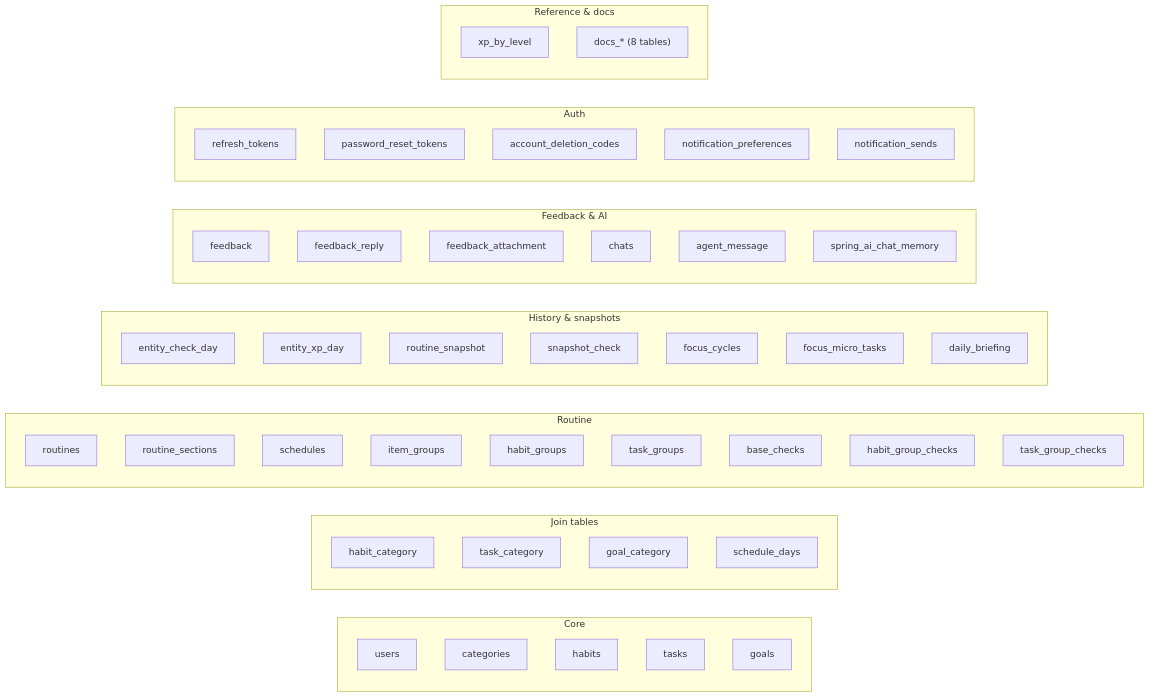
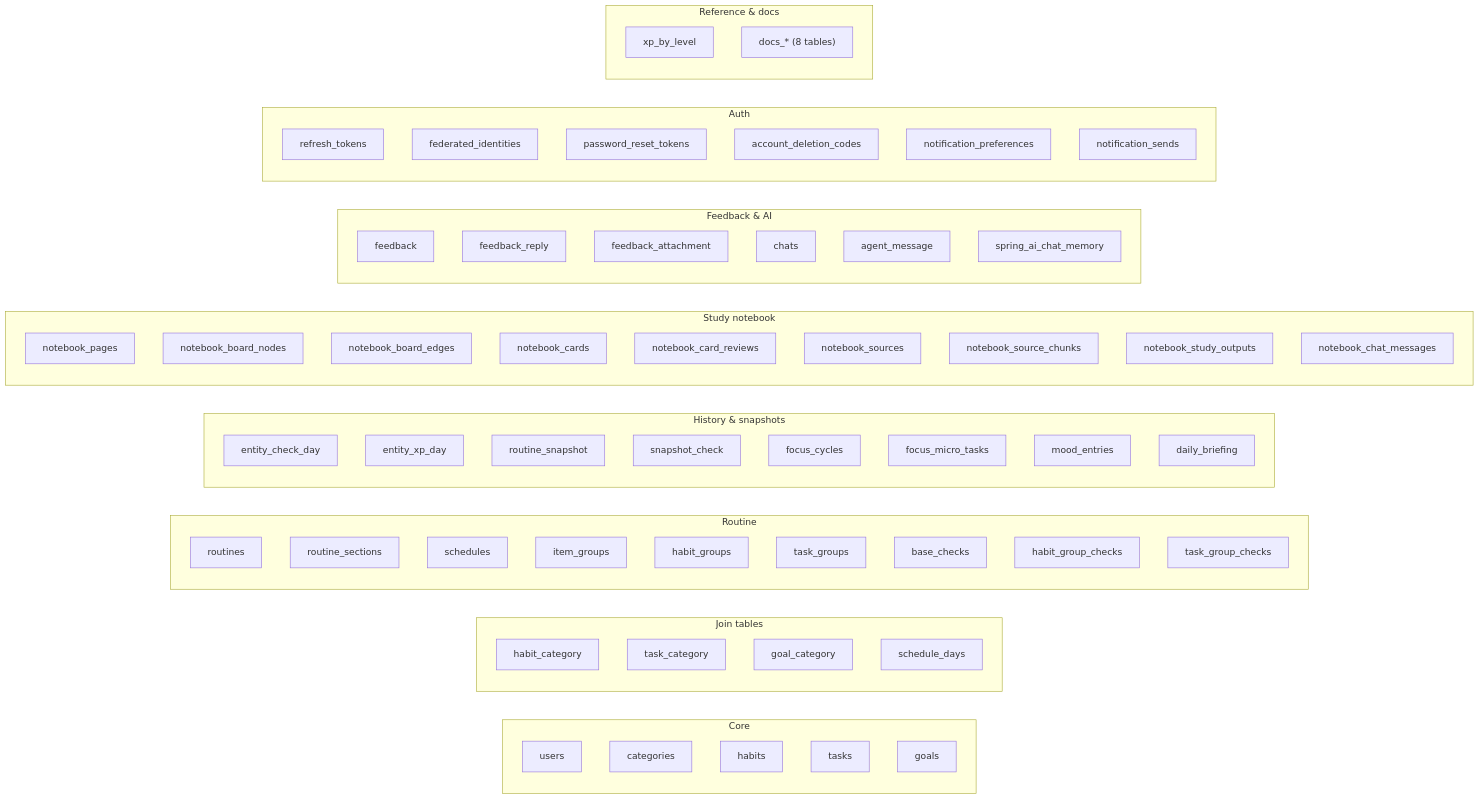
Before and after one commit to AndDev741/Beyou-arch-design: the fifth of 5 diagrams in architecture/domain-model/en.md, drawn with Mermaid. The commit also changed other lines of this file and 39 other files, not shown here.

````diff
--- a/architecture/domain-model/en.md
+++ b/architecture/domain-model/en.md
@@ -472,61 +525,75 @@
 ```mermaid
 flowchart LR
   subgraph core["Core"]
     users
     categories
     habits
     tasks
     goals
   end
 
   subgraph joins["Join tables"]
     habit_category
     task_category
     goal_category
     schedule_days
   end
 
   subgraph routine["Routine"]
     routines
     routine_sections
     schedules
     item_groups
     habit_groups
     task_groups
     base_checks
     habit_group_checks
     task_group_checks
   end
 
   subgraph history["History & snapshots"]
     entity_check_day
     entity_xp_day
     routine_snapshot
     snapshot_check
     focus_cycles
     focus_micro_tasks
+    mood_entries
     daily_briefing
+  end
+
+  subgraph notebook["Study notebook"]
+    notebook_pages
+    notebook_board_nodes
+    notebook_board_edges
+    notebook_cards
+    notebook_card_reviews
+    notebook_sources
+    notebook_source_chunks
+    notebook_study_outputs
+    notebook_chat_messages
   end
 
   subgraph support["Feedback & AI"]
     feedback
     feedback_reply
     feedback_attachment
     chats
     agent_message
     spring_ai_chat_memory
   end
 
   subgraph auth["Auth"]
     refresh_tokens
+    federated_identities
     password_reset_tokens
     account_deletion_codes
     notification_preferences
     notification_sends
   end
 
   subgraph system["Reference & docs"]
     xp_by_level
     docs_tables["docs_* (8 tables)"]
   end
 ```
````
